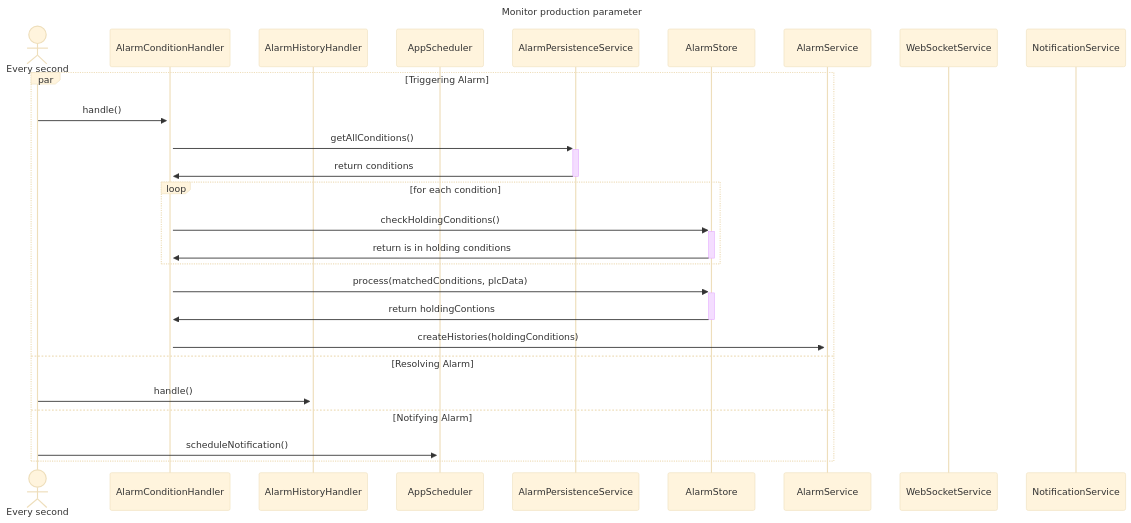
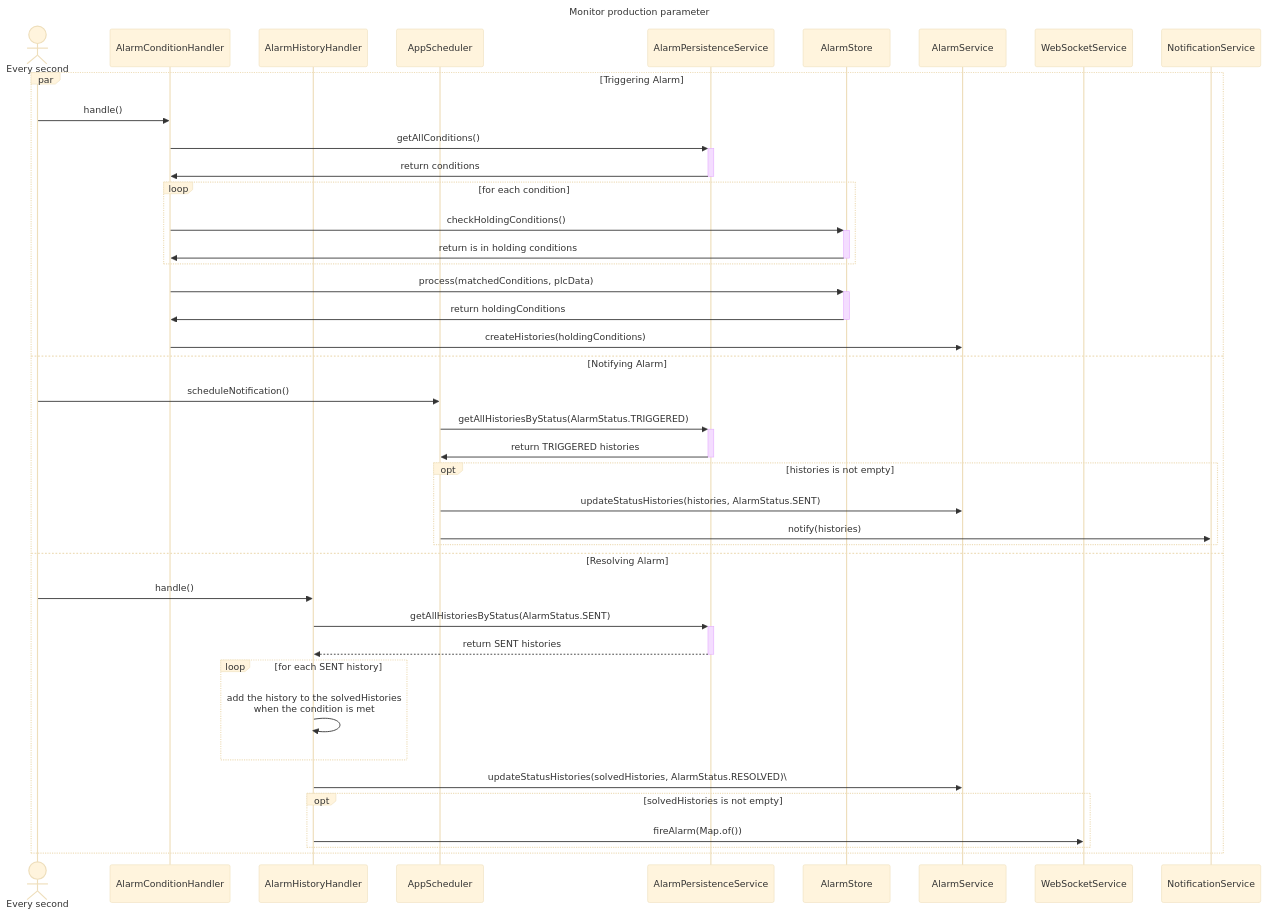
Before and after one commit to f-pms/Document: the diagram in Report7/SDD/Alarm/sequence-T3-25.md, drawn with Mermaid (base theme).

Commit message:
improve the sequence diagram of the Alarm feature

````diff
--- a/Report7/SDD/Alarm/sequence-T3-25.md
+++ b/Report7/SDD/Alarm/sequence-T3-25.md
@@ -1,31 +1,45 @@
 ```mermaid
 sequenceDiagram 
  title Monitor production parameter
   actor Time as Every second
   participant AlarmConditionHandler
   participant AlarmHistoryHandler
   participant AppScheduler
   participant AlarmPersistenceService
   participant AlarmStore
   participant AlarmService
   participant WebSocketService
   participant NotificationService
 
-
   par Triggering Alarm
-    Time ->>+ AlarmConditionHandler: handle()
+    Time ->> AlarmConditionHandler: handle()
     AlarmConditionHandler ->>+ AlarmPersistenceService: getAllConditions()
     AlarmPersistenceService ->>- AlarmConditionHandler: return conditions
     loop for each condition
       AlarmConditionHandler ->>+ AlarmStore: checkHoldingConditions()
       AlarmStore ->>- AlarmConditionHandler: return is in holding conditions
     end
     AlarmConditionHandler ->>+ AlarmStore: process(matchedConditions, plcData)
-    AlarmStore ->>- AlarmConditionHandler: return holdingContions
-    AlarmConditionHandler ->>+ AlarmService: createHistories(holdingConditions)
+    AlarmStore ->>- AlarmConditionHandler: return holdingConditions
+    AlarmConditionHandler ->> AlarmService: createHistories(holdingConditions)
+  and Notifying Alarm
+    Time ->> AppScheduler: scheduleNotification()
+    AppScheduler ->>+ AlarmPersistenceService: getAllHistoriesByStatus(AlarmStatus.TRIGGERED)
+    AlarmPersistenceService ->>- AppScheduler: return TRIGGERED histories
+    opt histories is not empty
+      AppScheduler ->> AlarmService: updateStatusHistories(histories, AlarmStatus.SENT)
+      AppScheduler ->> NotificationService: notify(histories)
+    end
   and Resolving Alarm
-    Time ->>+ AlarmHistoryHandler: handle()
-  and Notifying Alarm
-    Time ->>+ AppScheduler: scheduleNotification()
+    Time ->> AlarmHistoryHandler: handle()
+    AlarmHistoryHandler ->>+ AlarmPersistenceService: getAllHistoriesByStatus(AlarmStatus.SENT)
+    AlarmPersistenceService -->>- AlarmHistoryHandler: return SENT histories
+    loop for each SENT history
+      AlarmHistoryHandler ->> AlarmHistoryHandler: add the history to the solvedHistories <br/> when the condition is met
+    end
+    AlarmHistoryHandler ->> AlarmService: updateStatusHistories(solvedHistories, AlarmStatus.RESOLVED)\
+    opt solvedHistories is not empty
+      AlarmHistoryHandler ->> WebSocketService: fireAlarm(Map.of())
+    end
   end
 ```
````
